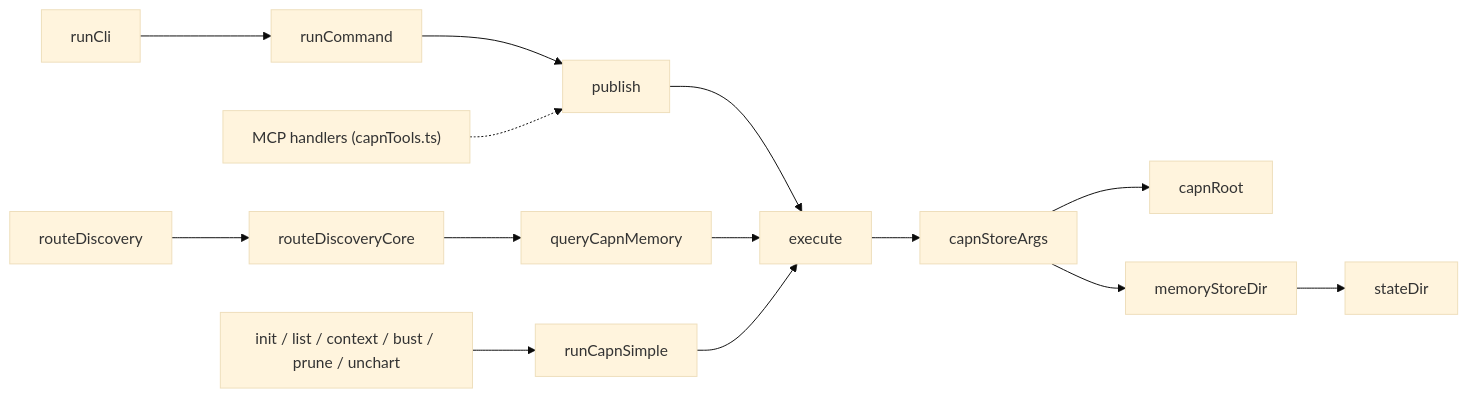
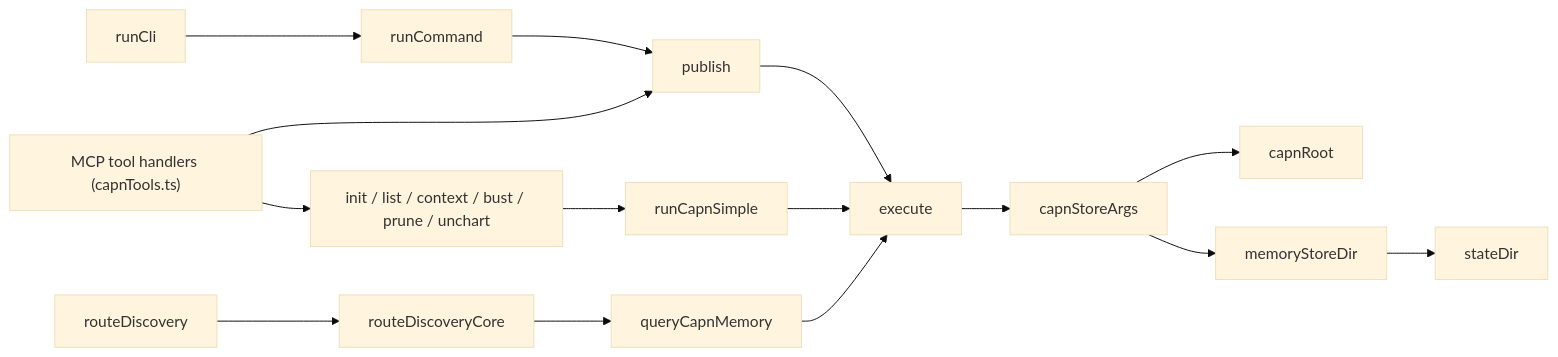
One commit to paragon-ux/waymark-engine changed the diagram in examples/architectural-map.md. Above: the diagram before and after it, drawn with Mermaid (base theme). The commit also changed other lines of this file and 7 other files, not shown here.

````diff
--- a/examples/architectural-map.md
+++ b/examples/architectural-map.md
@@ -127,13 +141,14 @@
 ```mermaid
 flowchart LR
   runCli --> runCommand --> publish
-  mcp["MCP handlers (capnTools.ts)"] -.-> publish
+  mcp["MCP tool handlers (capnTools.ts)"] --> publish
+  mcp --> wrappers["init / list / context / bust / prune / unchart"]
   routeDiscovery --> routeDiscoveryCore --> queryCapnMemory
-  init["init / list / context / bust / prune / unchart"] --> runCapnSimple
+  wrappers --> runCapnSimple
   publish --> execute
   queryCapnMemory --> execute
   runCapnSimple --> execute
   execute --> capnStoreArgs
   capnStoreArgs --> capnRoot
   capnStoreArgs --> memoryStoreDir --> stateDir
 ```
````
